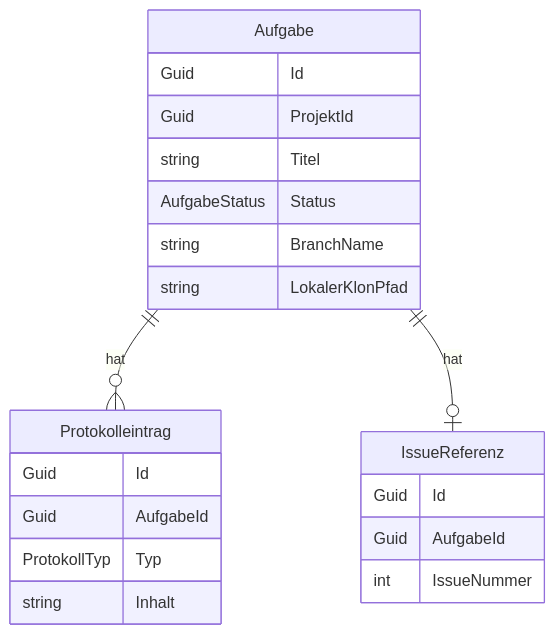
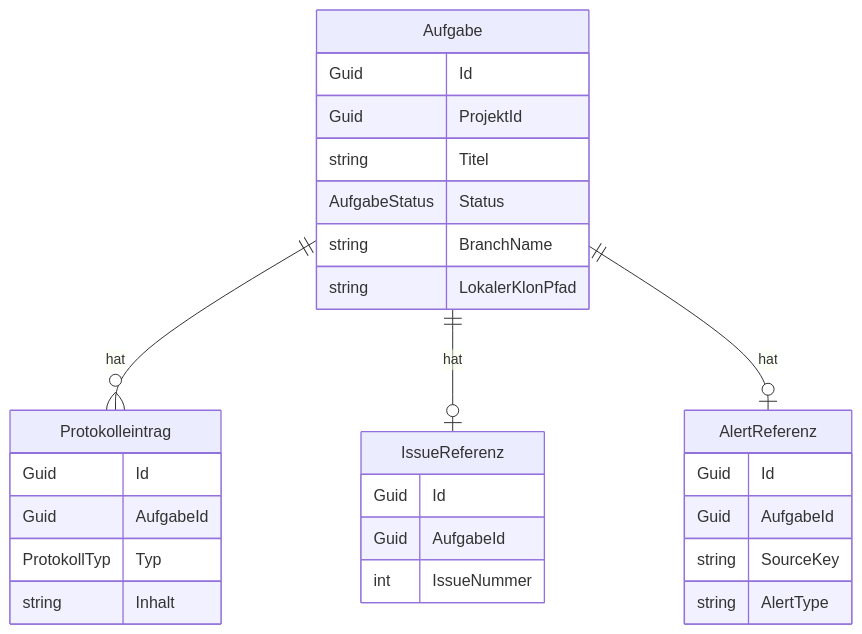
Before and after one commit to martin-stromberg/Softwareschmiede: the second of 2 diagrams in docs/help/aufgaben/datenmodell.md, drawn with Mermaid. The commit also changed other lines of this file and 35 other files, not shown here.

````diff
--- a/docs/help/aufgaben/datenmodell.md
+++ b/docs/help/aufgaben/datenmodell.md
@@ -67,24 +87,31 @@
 ```mermaid
 erDiagram
     Aufgabe {
         Guid Id
         Guid ProjektId
         string Titel
         AufgabeStatus Status
         string BranchName
         string LokalerKlonPfad
     }
     Protokolleintrag {
         Guid Id
         Guid AufgabeId
         ProtokollTyp Typ
         string Inhalt
     }
     IssueReferenz {
         Guid Id
         Guid AufgabeId
         int IssueNummer
     }
+    AlertReferenz {
+        Guid Id
+        Guid AufgabeId
+        string SourceKey
+        string AlertType
+    }
     Aufgabe ||--o{ Protokolleintrag : "hat"
     Aufgabe ||--o| IssueReferenz : "hat"
+    Aufgabe ||--o| AlertReferenz : "hat"
 ```
````
